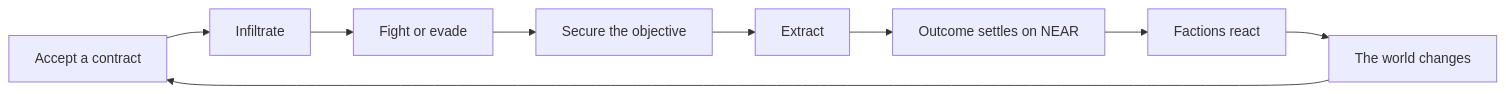
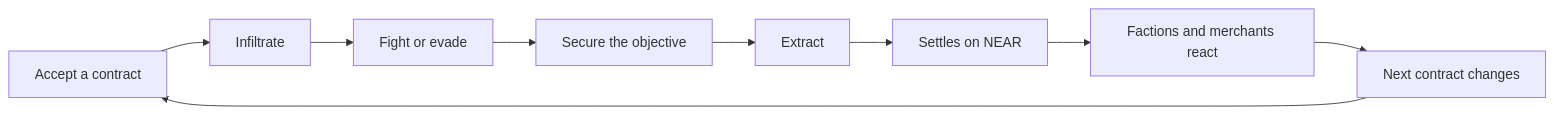
The second of 5 diagrams in README.md (Psalmuel01/contract-zero), drawn with Mermaid before and after one commit. The commit also changed other lines of this file and 2 other files, not shown here.

````diff
--- a/README.md
+++ b/README.md
@@ -27,11 +58,5 @@
 ```mermaid
 flowchart LR
-  A[Accept a contract] --> B[Infiltrate]
-  B --> C[Fight or evade]
-  C --> D[Secure the objective]
-  D --> E[Extract]
-  E --> F[Outcome settles on NEAR]
-  F --> G[Factions react]
-  G --> H[The world changes]
-  H --> A
+  A[Accept a contract] --> B[Infiltrate] --> C[Fight or evade] --> D[Secure the objective] --> E[Extract]
+  E --> F[Settles on NEAR] --> G[Factions and merchants react] --> H[Next contract changes] --> A
 ```
````
